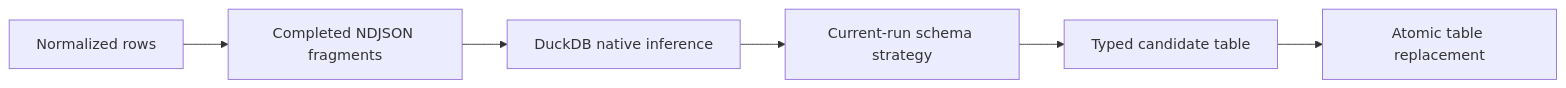
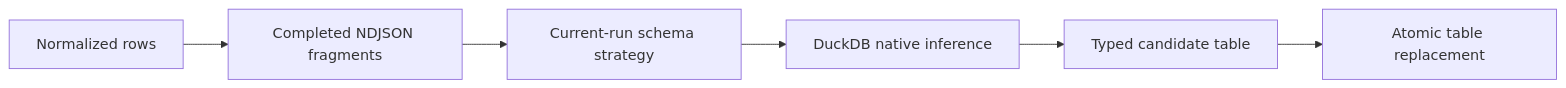
Before and after one commit to RFARQ3/assquack: the diagram in docs/schema-inference.md, drawn with Mermaid. The commit also changed other lines of this file and 20 other files, not shown here.

Commit message:
refactor(schema): internalize current-run resolution and remove history

````diff
--- a/docs/schema-inference.md
+++ b/docs/schema-inference.md
@@ -8,8 +8,8 @@
 ```mermaid
 flowchart LR
   Rows[Normalized rows] --> Fragments[Completed NDJSON fragments]
-  Fragments --> Reader[DuckDB native inference]
-  Reader --> Strategy[Current-run schema strategy]
-  Strategy --> Candidate[Typed candidate table]
+  Fragments --> Strategy[Current-run schema strategy]
+  Strategy --> Reader[DuckDB native inference]
+  Reader --> Candidate[Typed candidate table]
   Candidate --> Current[Atomic table replacement]
 ```
````
